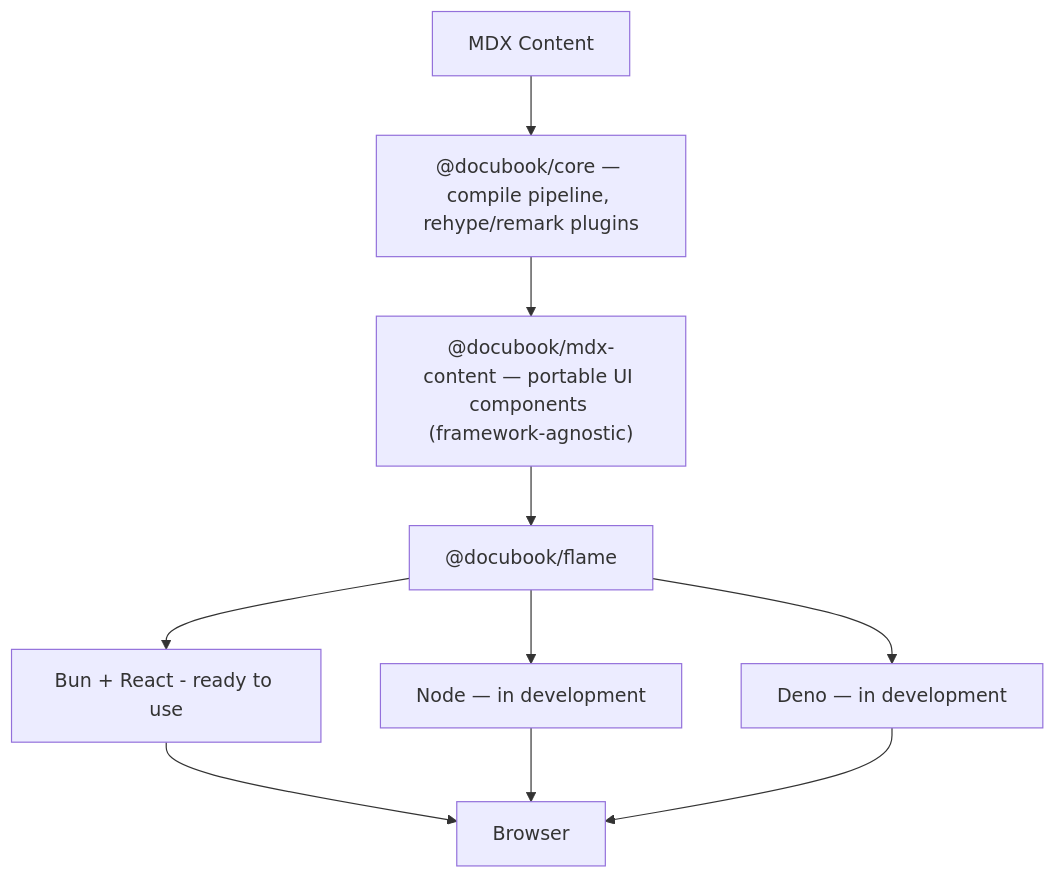
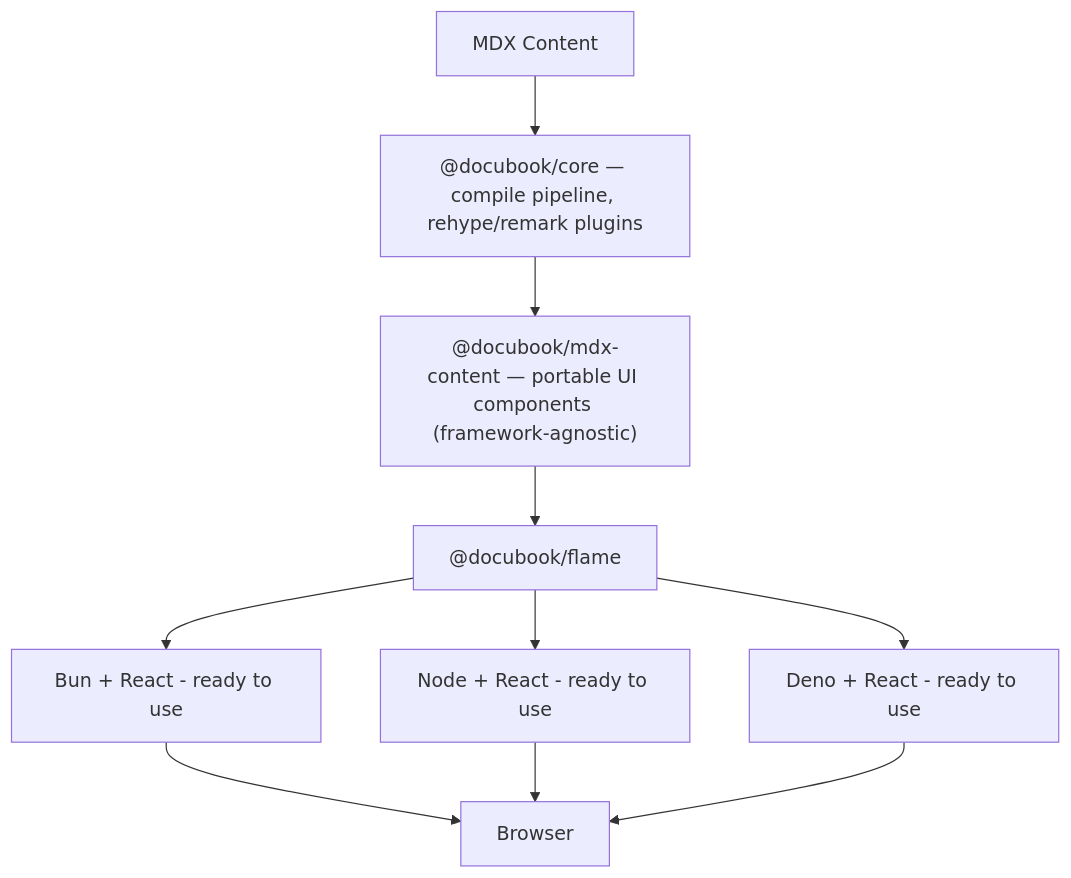
One commit to DocuBook/docubook changed the diagram in README.md. Above: the diagram before and after it, drawn with Mermaid. The commit also changed other lines of this file and 7 other files, not shown here.

Commit message:
docs: update runtime support matrix and architecture for multi-runtime

````diff
--- a/README.md
+++ b/README.md
@@ -25,16 +25,16 @@
 ```mermaid
 flowchart TD
     A[MDX Content]
     B["@docubook/core — compile pipeline, rehype/remark plugins"]
     C["@docubook/mdx-content — portable UI components (framework-agnostic)"]
     D["@docubook/flame"]
     D1["Bun + React - ready to use"]
-    D2["Node — in development"]
-    D3["Deno — in development"]
+    D2["Node + React - ready to use"]
+    D3["Deno + React - ready to use"]
     E[Browser]
 
     A -->  B --> C --> D
     D --> D1 --> E
     D --> D2 --> E
     D --> D3 --> E
 ```
````
